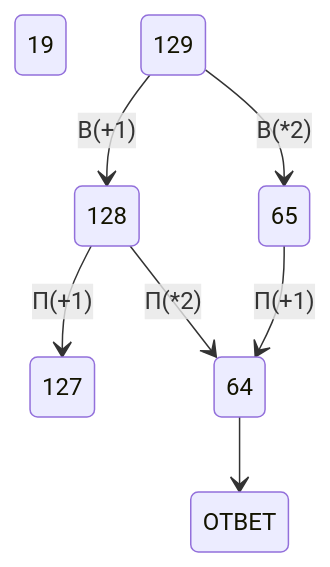
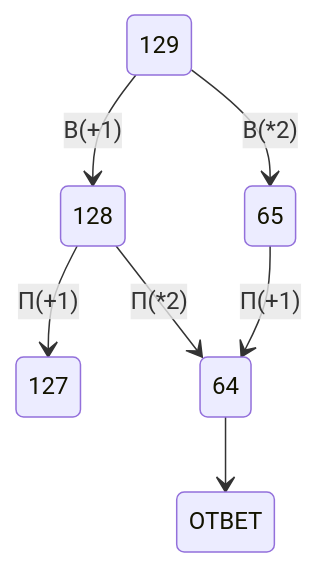
Before and after one commit to W1zard70r/Miniature-chainsaw: the first of 3 diagrams in Resheni9.md, drawn with Mermaid. The commit also changed other lines of this file, not shown here.

````diff
--- a/Resheni9.md
+++ b/Resheni9.md
@@ -17,9 +17,9 @@
 ```mermaid
 stateDiagram-v2
     129 --> 128:В(+1)
     129 --> 65:В(*2)
     128 --> 127:П(+1)
     128 --> 64:П(*2)
     65 --> 64:П(+1)
-    64 --> OTВЕТ 19
+    64 --> OTВЕТ
 ```
````
